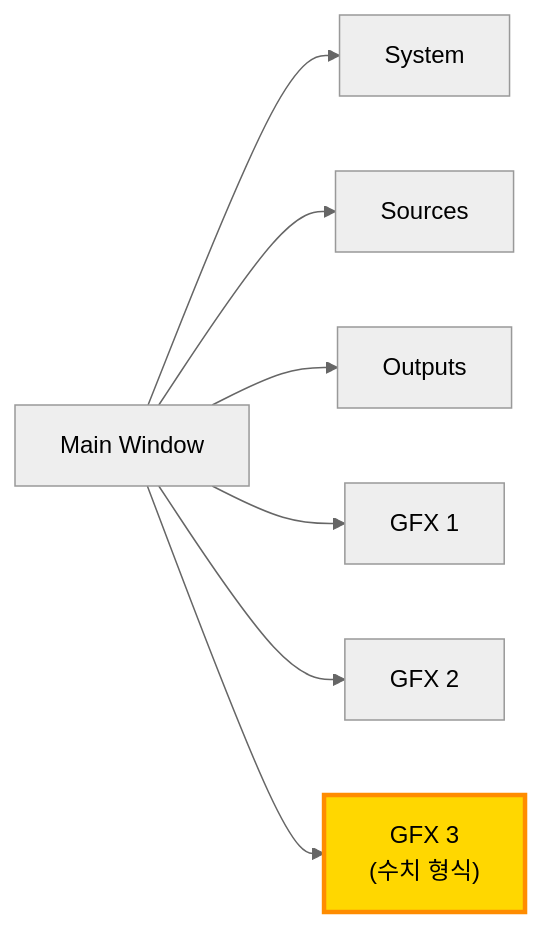
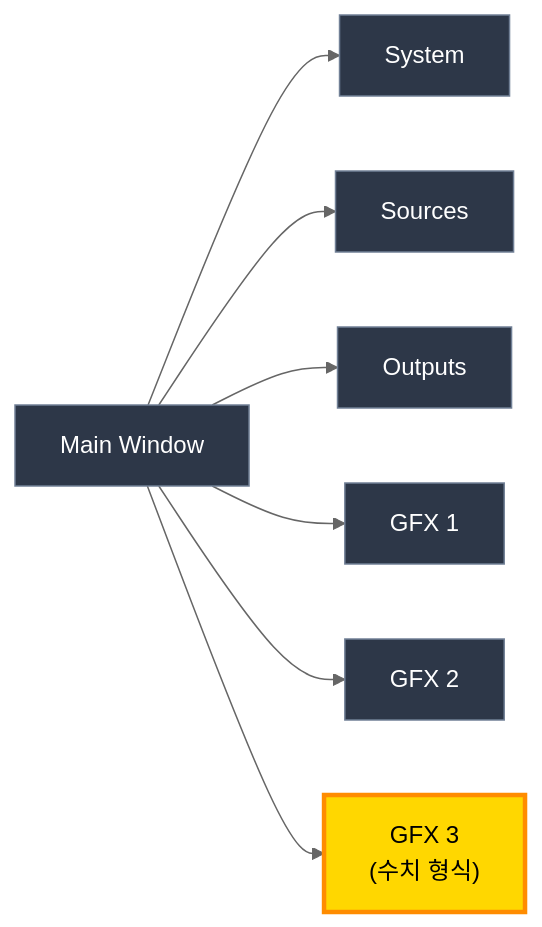
One commit to garimto81/ebs changed the tenth of 14 diagrams in docs/01_PokerGFX_Analysis/PRD-0004-EBS-Server-UI-Design.md. Above: the diagram before and after it, drawn with Mermaid (neutral theme). The commit also changed other lines of this file, not shown here.

First line of the commit message:
fix(prd-0004): Mermaid 다이어그램 색상 + 캡쳐 링크 수정

````diff
--- a/docs/01_PokerGFX_Analysis/PRD-0004-EBS-Server-UI-Design.md
+++ b/docs/01_PokerGFX_Analysis/PRD-0004-EBS-Server-UI-Design.md
@@ -908,17 +917,18 @@
 ```mermaid
 flowchart LR
+    classDef default fill:#2d3748,stroke:#718096,color:#ffffff
     MW["Main Window"]
     SYS["System"]
     SRC["Sources"]
     OUT["Outputs"]
     GFX1["GFX 1"]
     GFX2["GFX 2"]
     GFX3["GFX 3<br/>(수치 형식)"]
-    style GFX3 fill:#FFD700,stroke:#FF8C00,stroke-width:3px
+    style GFX3 fill:#FFD700,stroke:#FF8C00,stroke-width:3px,color:#000000
     MW --> SYS
     MW --> SRC
     MW --> OUT
     MW --> GFX1
     MW --> GFX2
     MW --> GFX3
 ```
````
